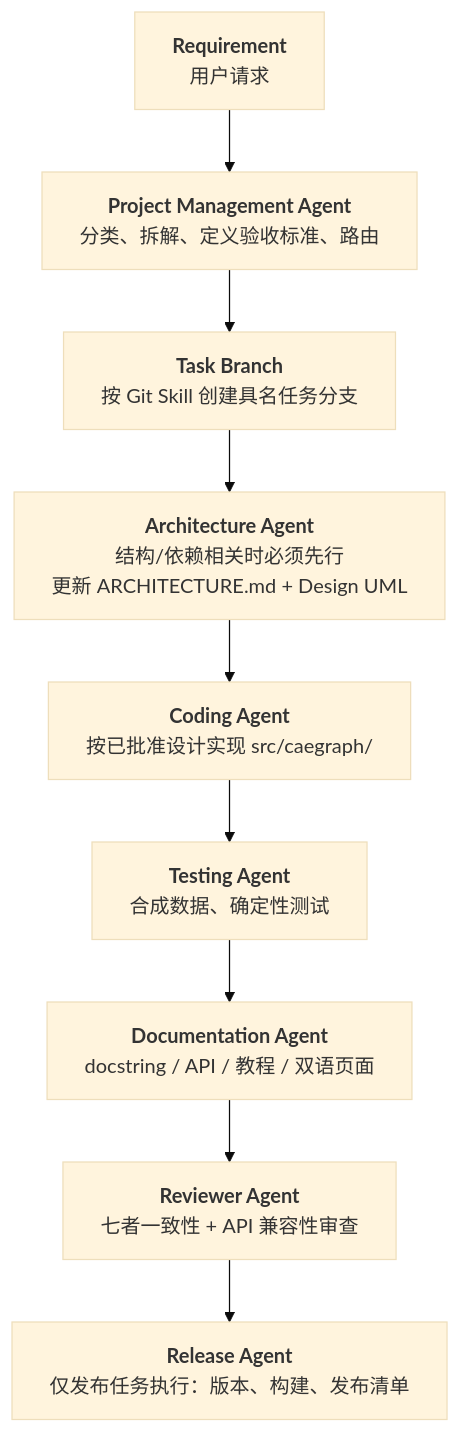
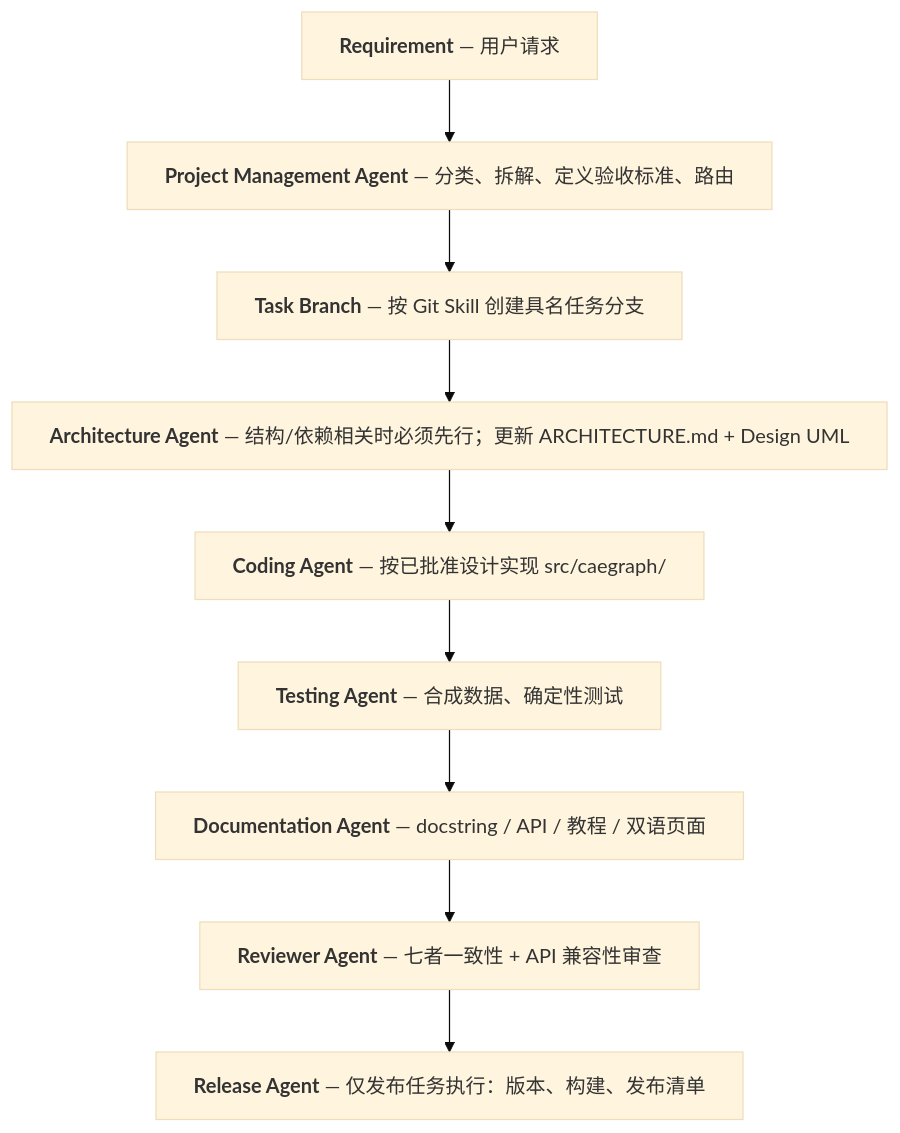
One commit to XYChouMian/caegraph changed the first of 2 diagrams in .agent/WORKFLOW.md. Above: the diagram before and after it, drawn with Mermaid (base theme). The commit also changed other lines of this file and 7 other files, not shown here.

Commit message:
docs(mermaid): compact vertical flow labels

````diff
--- a/.agent/WORKFLOW.md
+++ b/.agent/WORKFLOW.md
@@ -11,18 +11,18 @@
 ```mermaid
 flowchart TD
     classDef nowrap white-space:nowrap
 
-    A["<b>Requirement</b><br>用户请求"]
-    B["<b>Project Management Agent</b><br>分类、拆解、定义验收标准、路由"]
-    C["<b>Task Branch</b><br>按 Git Skill 创建具名任务分支"]
-    D["<b>Architecture Agent</b><br>结构/依赖相关时必须先行<br>更新 ARCHITECTURE.md + Design UML"]
-    E["<b>Coding Agent</b><br>按已批准设计实现 src/caegraph/"]
-    F["<b>Testing Agent</b><br>合成数据、确定性测试"]
-    G["<b>Documentation Agent</b><br>docstring / API / 教程 / 双语页面"]
-    H["<b>Reviewer Agent</b><br>七者一致性 + API 兼容性审查"]
-    I["<b>Release Agent</b><br>仅发布任务执行：版本、构建、发布清单"]
+    A["<b>Requirement</b> — 用户请求"]
+    B["<b>Project Management Agent</b> — 分类、拆解、定义验收标准、路由"]
+    C["<b>Task Branch</b> — 按 Git Skill 创建具名任务分支"]
+    D["<b>Architecture Agent</b> — 结构/依赖相关时必须先行；更新 ARCHITECTURE.md + Design UML"]
+    E["<b>Coding Agent</b> — 按已批准设计实现 src/caegraph/"]
+    F["<b>Testing Agent</b> — 合成数据、确定性测试"]
+    G["<b>Documentation Agent</b> — docstring / API / 教程 / 双语页面"]
+    H["<b>Reviewer Agent</b> — 七者一致性 + API 兼容性审查"]
+    I["<b>Release Agent</b> — 仅发布任务执行：版本、构建、发布清单"]
 
     A --> B --> C --> D --> E --> F --> G --> H --> I
 
     class A,B,C,D,E,F,G,H,I nowrap
 ```
````
